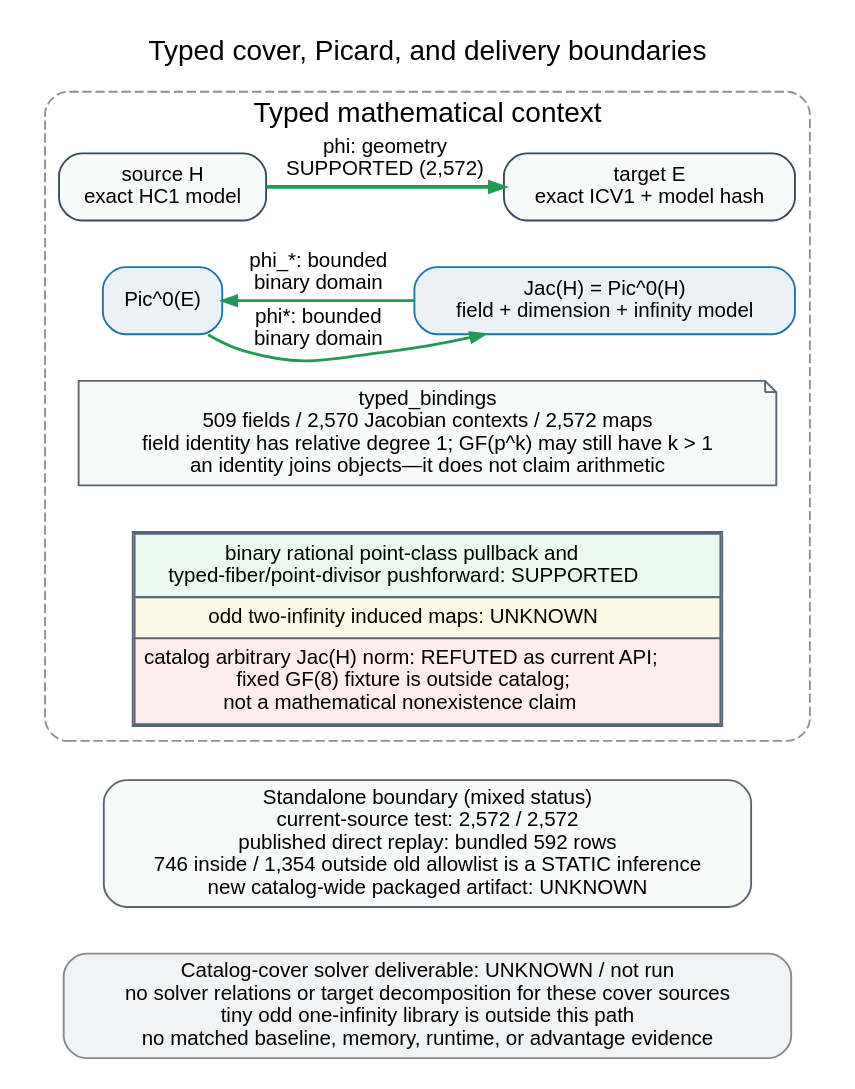
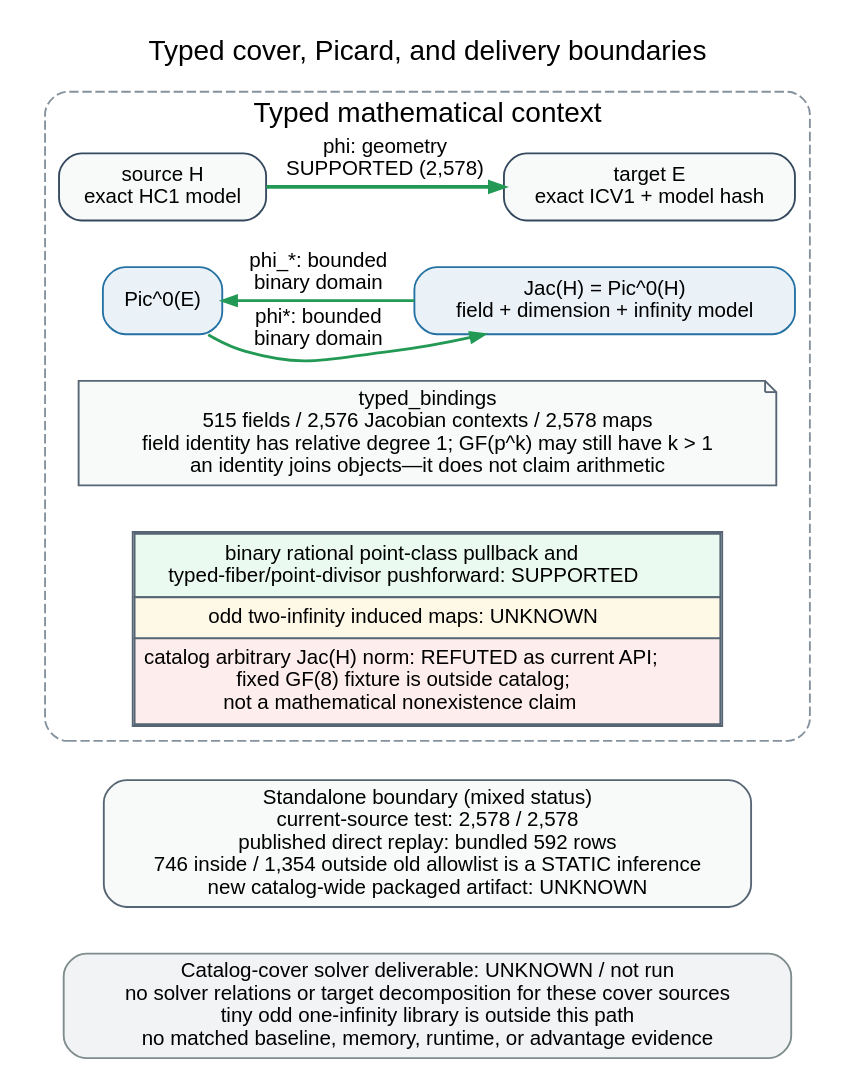
Before and after one commit to isogeny-labs/crypto: the diagram in research/cover_transfer_assessment_20261013/typed_transfer_context.dot, drawn with Graphviz. The commit also changed 16 other files, not shown here.

```diff
--- a/research/cover_transfer_assessment_20261013/typed_transfer_context.dot
+++ b/research/cover_transfer_assessment_20261013/typed_transfer_context.dot
@@ -1,69 +1,69 @@
 digraph typed_transfer_context {
   graph [
     rankdir=TB,
     bgcolor="white",
     pad="0.12",
     nodesep="0.25",
     ranksep="0.34",
     fontname="Helvetica",
     fontsize=15,
     newrank=true,
     labelloc="t",
     label="Typed cover, Picard, and delivery boundaries"
   ];
   node [shape=box, style="rounded,filled", fillcolor="white", color="#34495e", fontname="Helvetica", fontsize=11];
   edge [fontname="Helvetica", fontsize=11, color="#34495e", arrowsize=0.72];
 
   subgraph cluster_context {
     label="Typed mathematical context";
     color="#85929e";
     style="rounded,dashed";
 
     source_h [label="source H\nexact HC1 model", fillcolor="#f8f9f9"];
     target_e [label="target E\nexact ICV1 + model hash", fillcolor="#f8f9f9"];
     pic_e [label="Pic^0(E)", fillcolor="#eaf2f8", color="#2471a3"];
     jac_h [label="Jac(H) = Pic^0(H)\nfield + dimension + infinity model", fillcolor="#eaf2f8", color="#2471a3"];
 
     binding_note [
-      label="typed_bindings\n509 fields / 2,570 Jacobian contexts / 2,572 maps\nfield identity has relative degree 1; GF(p^k) may still have k > 1\nan identity joins objects—it does not claim arithmetic",
+      label="typed_bindings\n515 fields / 2,576 Jacobian contexts / 2,578 maps\nfield identity has relative degree 1; GF(p^k) may still have k > 1\nan identity joins objects—it does not claim arithmetic",
       shape=note,
       fillcolor="#f8f9f9",
       color="#566573"
     ];
     transfer_limits [
       shape=plain,
       label=<
         <TABLE BORDER="1" CELLBORDER="1" CELLSPACING="0" CELLPADDING="4" COLOR="#566573">
           <TR><TD BGCOLOR="#eafaf1">binary rational point-class pullback and<BR/>typed-fiber/point-divisor pushforward: SUPPORTED</TD></TR>
           <TR><TD BGCOLOR="#fef9e7">odd two-infinity induced maps: UNKNOWN</TD></TR>
           <TR><TD BGCOLOR="#fdedec">catalog arbitrary Jac(H) norm: REFUTED as current API;<BR/>fixed GF(8) fixture is outside catalog;<BR/>not a mathematical nonexistence claim</TD></TR>
         </TABLE>
       >
     ];
 
     { rank=same; source_h; target_e; }
     { rank=same; pic_e; jac_h; }
-    source_h -> target_e [label="phi: geometry\nSUPPORTED (2,572)", color="#229954", penwidth=2];
+    source_h -> target_e [label="phi: geometry\nSUPPORTED (2,578)", color="#229954", penwidth=2];
     pic_e -> jac_h [label="phi*: bounded\nbinary domain", color="#229954", penwidth=1.5];
     jac_h -> pic_e [label="phi_*: bounded\nbinary domain", color="#229954", penwidth=1.5, constraint=false];
     source_h -> pic_e [style="invis", weight=50];
     target_e -> jac_h [style="invis", weight=50];
     pic_e -> binding_note [style="invis", weight=40];
     jac_h -> binding_note [style="invis", weight=40];
     binding_note -> transfer_limits [style="invis", weight=40];
   }
 
   package [
-    label="Standalone boundary (mixed status)\ncurrent-source test: 2,572 / 2,572\npublished direct replay: bundled 592 rows\n746 inside / 1,354 outside old allowlist is a STATIC inference\nnew catalog-wide packaged artifact: UNKNOWN",
+    label="Standalone boundary (mixed status)\ncurrent-source test: 2,578 / 2,578\npublished direct replay: bundled 592 rows\n746 inside / 1,354 outside old allowlist is a STATIC inference\nnew catalog-wide packaged artifact: UNKNOWN",
     fillcolor="#f8f9f9",
     color="#566573"
   ];
   solver [
     label="Catalog-cover solver deliverable: UNKNOWN / not run\nno solver relations or target decomposition for these cover sources\ntiny odd one-infinity library is outside this path\nno matched baseline, memory, runtime, or advantage evidence",
     fillcolor="#f2f3f4",
     color="#7f8c8d"
   ];
 
   transfer_limits -> package [style="invis", weight=80];
   package -> solver [style="invis", weight=80];
 }
```
